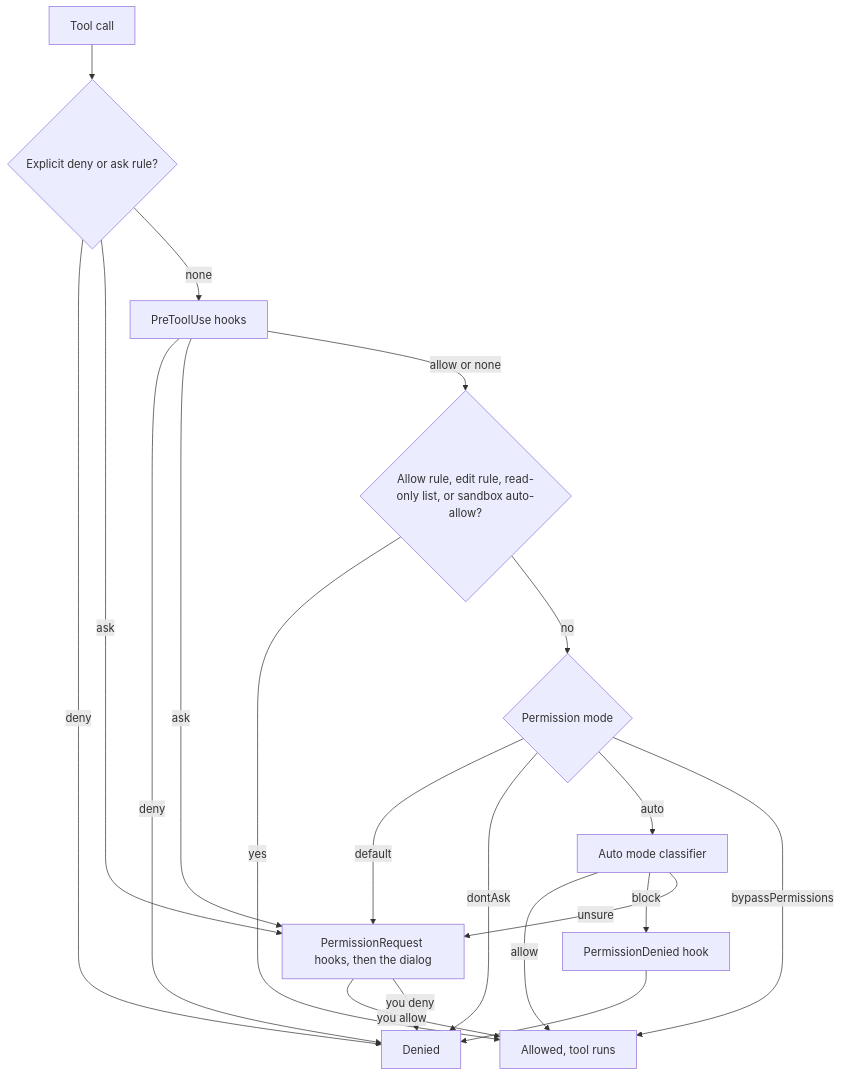
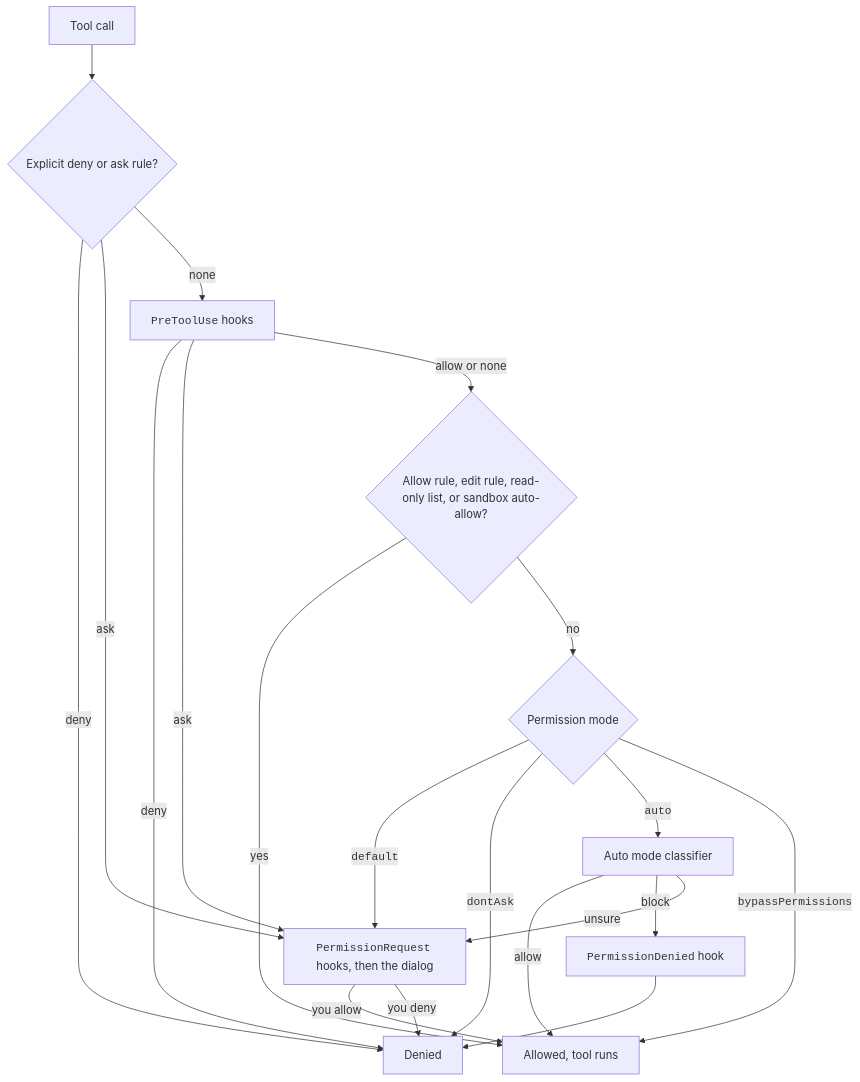
The diagram in docs/how-it-works/permission-flow.md (xsyetopz/claude-code-docs), drawn with Mermaid before and after one commit. The commit also changed other lines of this file and 164 other files, not shown here.

First line of the commit message:
docs: linked citations, yes/no markers, file trees, code in diagrams

````diff
--- a/docs/how-it-works/permission-flow.md
+++ b/docs/how-it-works/permission-flow.md
@@ -34,22 +34,22 @@
 ```mermaid
 flowchart TD
   Call[Tool call] --> Deny{Explicit deny or ask rule?}
   Deny -->|deny| Denied[Denied]
   Deny -->|ask| Prompt
-  Deny -->|none| Hook[PreToolUse hooks]
+  Deny -->|none| Hook["<code>PreToolUse</code> hooks"]
   Hook -->|deny| Denied
   Hook -->|ask| Prompt
   Hook -->|allow or none| Allow{Allow rule, edit rule, read-only list, or sandbox auto-allow?}
   Allow -->|yes| Run[Allowed, tool runs]
   Allow -->|no| Mode{Permission mode}
-  Mode -->|default| Prompt[PermissionRequest hooks, then the dialog]
-  Mode -->|dontAsk| Denied
-  Mode -->|auto| Class[Auto mode classifier]
-  Mode -->|bypassPermissions| Run
+  Mode -->|"<code>default</code>"| Prompt["<code>PermissionRequest</code> hooks, then the dialog"]
+  Mode -->|"<code>dontAsk</code>"| Denied
+  Mode -->|"<code>auto</code>"| Class[Auto mode classifier]
+  Mode -->|"<code>bypassPermissions</code>"| Run
   Class -->|allow| Run
-  Class -->|block| Fired[PermissionDenied hook]
+  Class -->|block| Fired["<code>PermissionDenied</code> hook"]
   Class -->|unsure| Prompt
   Fired --> Denied
   Prompt -->|you allow| Run
   Prompt -->|you deny| Denied
 ```
````
